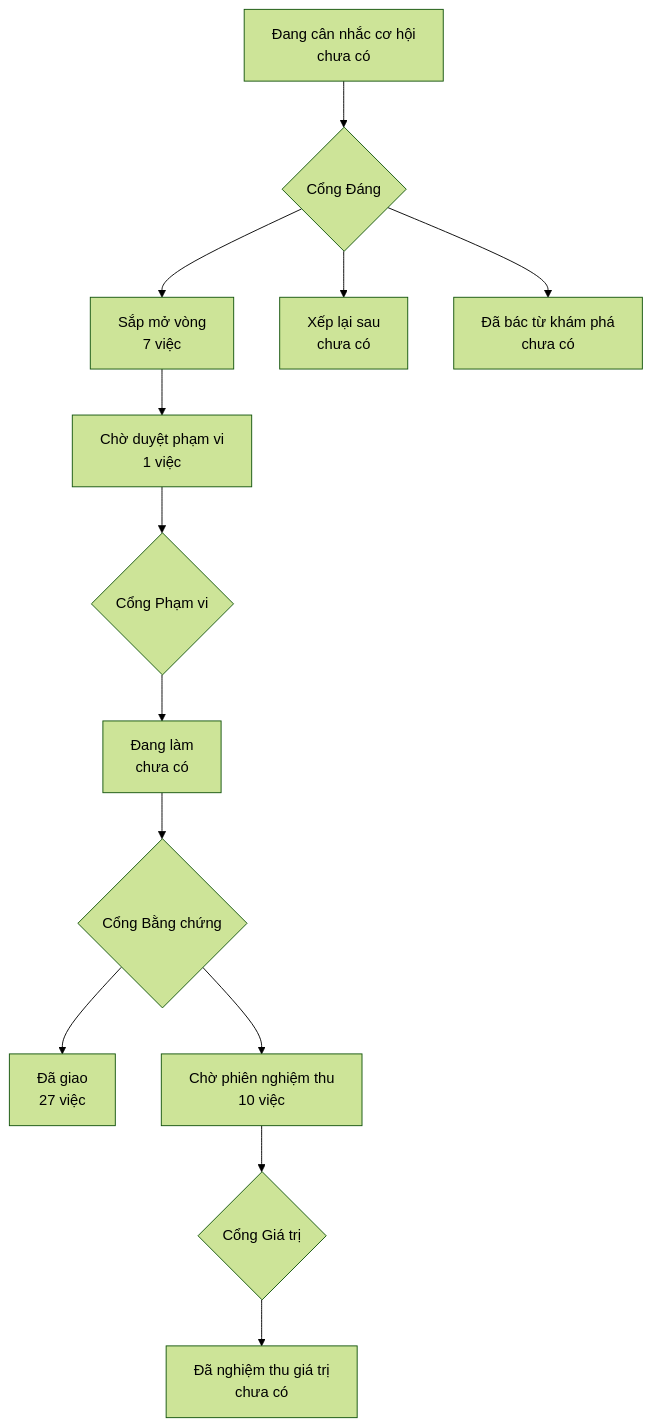
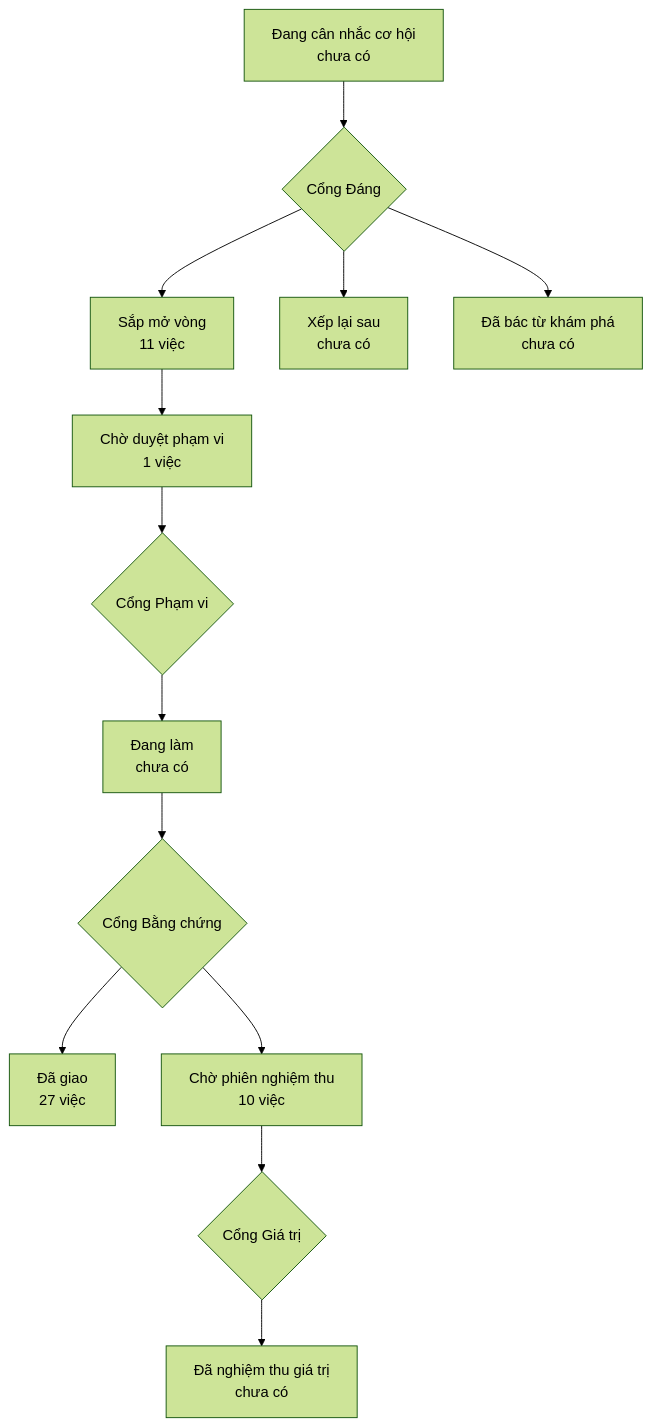
One commit to phanlemanh/onehub-invest changed the diagram in PRODUCT-MAP.md. Above: the diagram before and after it, drawn with Mermaid (forest theme). The commit also changed other lines of this file and 9 other files, not shown here.

````diff
--- a/PRODUCT-MAP.md
+++ b/PRODUCT-MAP.md
@@ -7,12 +7,12 @@
 ```mermaid
 flowchart TD
   A["Đang cân nhắc cơ hội<br/>chưa có"] --> GD{"Cổng Đáng"}
-  GD --> B["Sắp mở vòng<br/>7 việc"]
+  GD --> B["Sắp mở vòng<br/>11 việc"]
   GD --> XL["Xếp lại sau<br/>chưa có"]
   GD --> DB["Đã bác từ khám phá<br/>chưa có"]
   B --> CD["Chờ duyệt phạm vi<br/>1 việc"] --> GP{"Cổng Phạm vi"}
   GP --> DL["Đang làm<br/>chưa có"] --> GB{"Cổng Bằng chứng"}
   GB --> DG["Đã giao<br/>27 việc"]
   GB --> CN["Chờ phiên nghiệm thu<br/>10 việc"] --> GG{"Cổng Giá trị"}
   GG --> NT["Đã nghiệm thu giá trị<br/>chưa có"]
 ```
````
